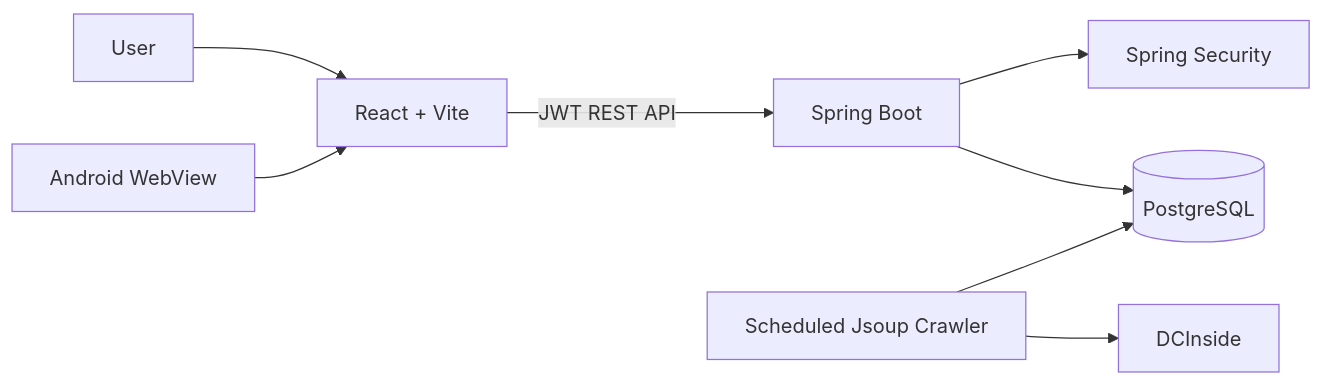
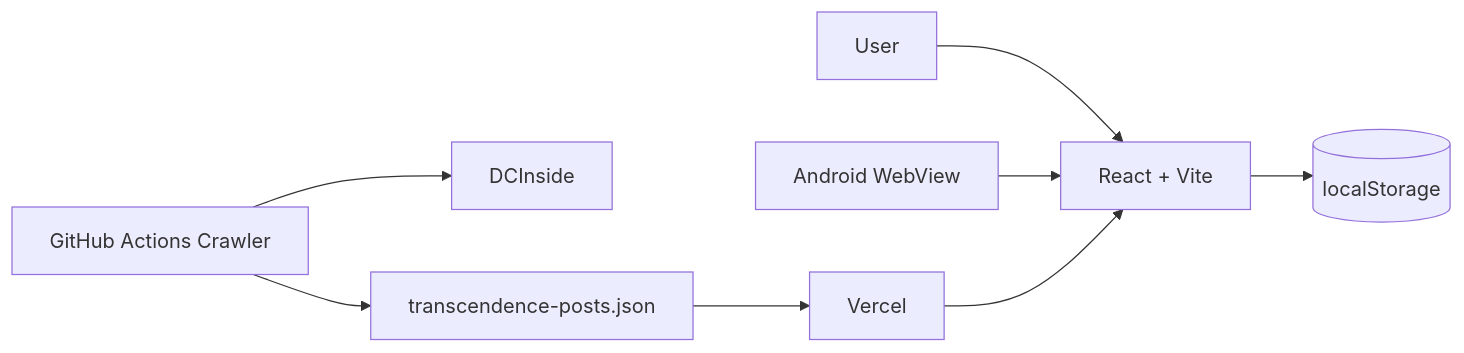
One commit to dh1180/GoldenDaughter_FrontEnd changed the diagram in README.md. Above: the diagram before and after it, drawn with Mermaid. The commit also changed other lines of this file, not shown here.

````diff
--- a/README.md
+++ b/README.md
@@ -146,10 +122,10 @@
 ```mermaid
 graph LR
     U["User"] --> F["React + Vite"]
     A["Android WebView"] --> F
-    F -->|"JWT REST API"| B["Spring Boot"]
-    B --> S["Spring Security"]
-    B --> P[("PostgreSQL")]
-    C["Scheduled Jsoup Crawler"] --> D["DCInside"]
-    C --> P
+    F --> L[("localStorage")]
+    G["GitHub Actions Crawler"] --> D["DCInside"]
+    G --> J["transcendence-posts.json"]
+    J --> V["Vercel"]
+    V --> F
 ```
````
